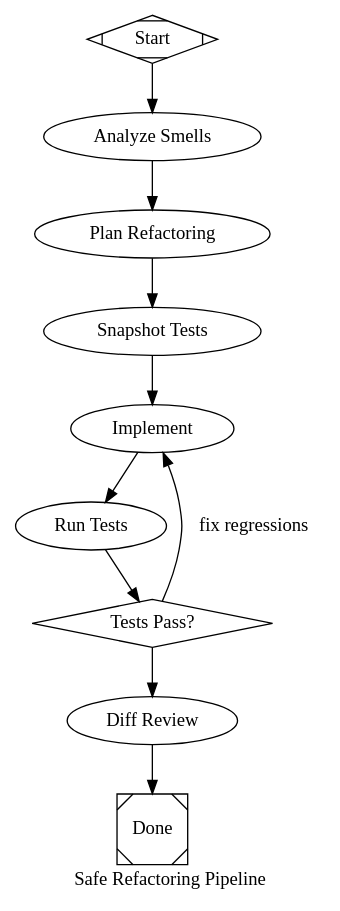
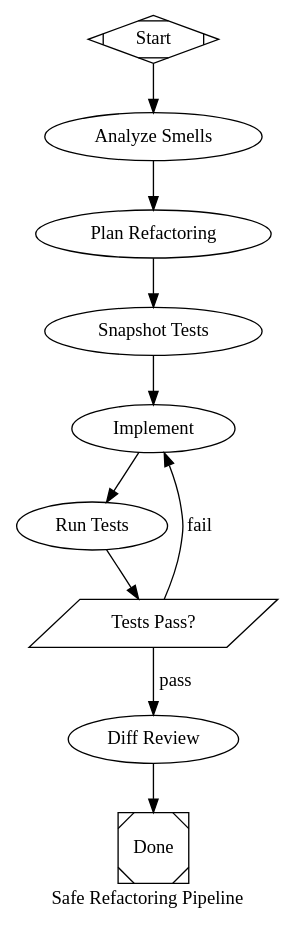
The diagram in examples/pipelines/practical/refactor.dot (microsoft/amplifier-bundle-attractor), drawn with Graphviz before and after one commit. The commit also changed 16 other files, not shown here.

```diff
--- a/examples/pipelines/practical/refactor.dot
+++ b/examples/pipelines/practical/refactor.dot
@@ -1,66 +1,73 @@
 // refactor.dot -- Safe refactoring with snapshot tests.
 //
 // Analyze smells, plan refactoring, capture baseline tests,
 // implement changes, verify no regressions, review diff.
 // Model-agnostic: every node runs on your configured default provider/model.
 
 digraph Refactor {
     graph [
         goal="$goal",
         label="Safe Refactoring Pipeline",
         default_max_retry=3,
         default_fidelity="full",
         default_thread_id="refactor"
     ]
 
     start [shape=Mdiamond, label="Start"]
     done  [shape=Msquare, label="Done"]
 
     // Stage 1: Analyze code smells
     analyze_smells [
         label="Analyze Smells",
         prompt="Analyze the code specified in the goal for code smells: long methods, deep nesting, duplicated logic, god classes, feature envy, primitive obsession. Rank by impact and effort to fix."
     ]
 
     // Stage 2: Plan the refactoring (reasoning-heavy).
     // To route reasoning-heavy steps (plan, diff review) to a stronger model,
     // add a model_stylesheet -- see examples/pipelines/06-model-stylesheet.dot.
     plan_refactor [
         label="Plan Refactoring",
         prompt="Create a step-by-step refactoring plan that preserves behavior. For each step: (1) what changes, (2) why it improves the code, (3) what could break. Order steps to minimize risk -- easiest/safest first."
     ]
 
     // Stage 3: Capture baseline (snapshot tests)
     snapshot_tests [
         label="Snapshot Tests",
         prompt="Run the existing test suite and capture the results as a baseline. If no tests exist, write characterization tests that capture current behavior. Use pytest -v --tb=short. Save the output.",
         goal_gate=true,
         retry_target="snapshot_tests"
     ]
 
     // Stage 4: Implement the refactoring
     implement_refactor [
         label="Implement",
         prompt="Execute the refactoring plan step by step. After each step, ensure the code still compiles/parses correctly. Make small, atomic changes. Use edit_file for surgical edits -- do not rewrite entire files."
     ]
 
     // Stage 5: Run tests
     run_tests [
         label="Run Tests",
         prompt="Run the full test suite (pytest -v --tb=short). Compare results against the baseline snapshot. All previously-passing tests must still pass. Report any regressions."
     ]
 
-    // Stage 6: Gate -- routes based on test outcome
-    test_gate [shape=diamond, label="Tests Pass?"]
+    // Stage 6: Evidence gate -- runs pytest and routes on the result.
+    // shape=parallelogram runs the tool_command directly (not via LLM).
+    // Prints "pass" (exit 0) or "fail" (exit non-0) as the last stdout line.
+    // Edges condition on context.tool.last_line -- the proven routing pattern.
+    test_gate [
+        shape=parallelogram,
+        label="Tests Pass?",
+        tool_command="pytest -q > /dev/null 2>&1 && printf pass || printf fail"
+    ]
 
     // Stage 7: Diff review (reasoning-heavy)
     diff_review [
         label="Diff Review",
         prompt="Run git diff and review all changes. Verify: (1) no behavior changes (pure refactoring), (2) code is genuinely simpler/clearer, (3) no accidental deletions or regressions. Summarize the improvements."
     ]
 
     start -> analyze_smells -> plan_refactor -> snapshot_tests -> implement_refactor -> run_tests -> test_gate
-    test_gate -> diff_review [condition="outcome=success"]
-    test_gate -> implement_refactor [condition="outcome!=success", label="fix regressions"]
+    test_gate -> diff_review        [label="pass", condition="context.tool.last_line=pass"]
+    test_gate -> implement_refactor [label="fail", condition="context.tool.last_line=fail"]
     diff_review -> done
 }
```
